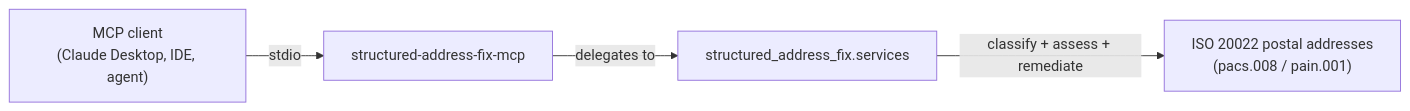
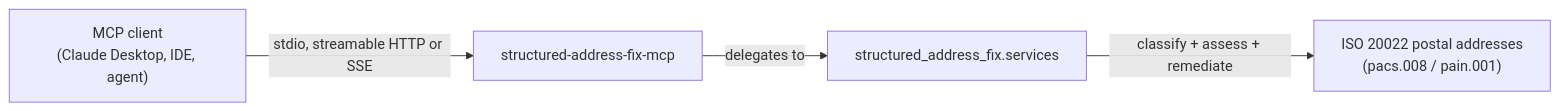
Before and after one commit to sebastienrousseau/structured-address-fix-mcp: the diagram in README.md, drawn with Mermaid. The commit also changed other lines of this file and 17 other files, not shown here.

First line of the commit message:
feat(transports): serve stdio, streamable HTTP and SSE from one command line (#40)

````diff
--- a/README.md
+++ b/README.md
@@ -68,6 +69,6 @@
 ```mermaid
 flowchart LR
-    A["MCP client<br/>(Claude Desktop, IDE, agent)"] -->|stdio| B["structured-address-fix-mcp"]
+    A["MCP client<br/>(Claude Desktop, IDE, agent)"] -->|stdio, streamable HTTP or SSE| B["structured-address-fix-mcp"]
     B -->|delegates to| C["structured_address_fix.services"]
     C -->|classify + assess + remediate| D["ISO 20022 postal addresses<br/>(pacs.008 / pain.001)"]
 ```
````
